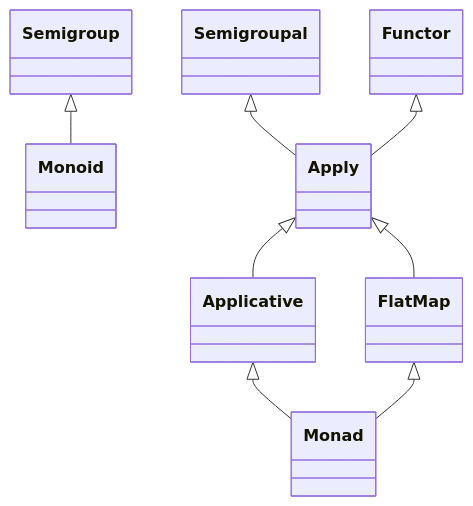
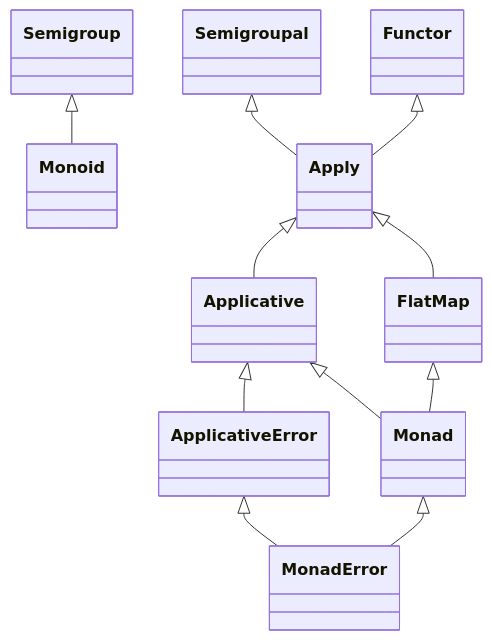
One commit to JoPintoPaul/cats-course changed the diagram in src/main/scala/ClassHierarchy.md. Above: the diagram before and after it, drawn with Mermaid.

Commit message:
Updated hierarchy diagram to include ApplicativeError and MonadError

````diff
--- a/src/main/scala/ClassHierarchy.md
+++ b/src/main/scala/ClassHierarchy.md
@@ -1,13 +1,18 @@
 ```mermaid
     classDiagram
         Semigroup <|-- Monoid
         
         Semigroupal <|-- Apply
         Functor <|-- Apply 
         
         Apply <|--Applicative
         Apply <|--FlatMap
         
         Applicative <|-- Monad
         FlatMap <|-- Monad
+        
+        Applicative <|-- ApplicativeError
+
+        ApplicativeError <|-- MonadError
+        Monad <|-- MonadError
 ```
````
